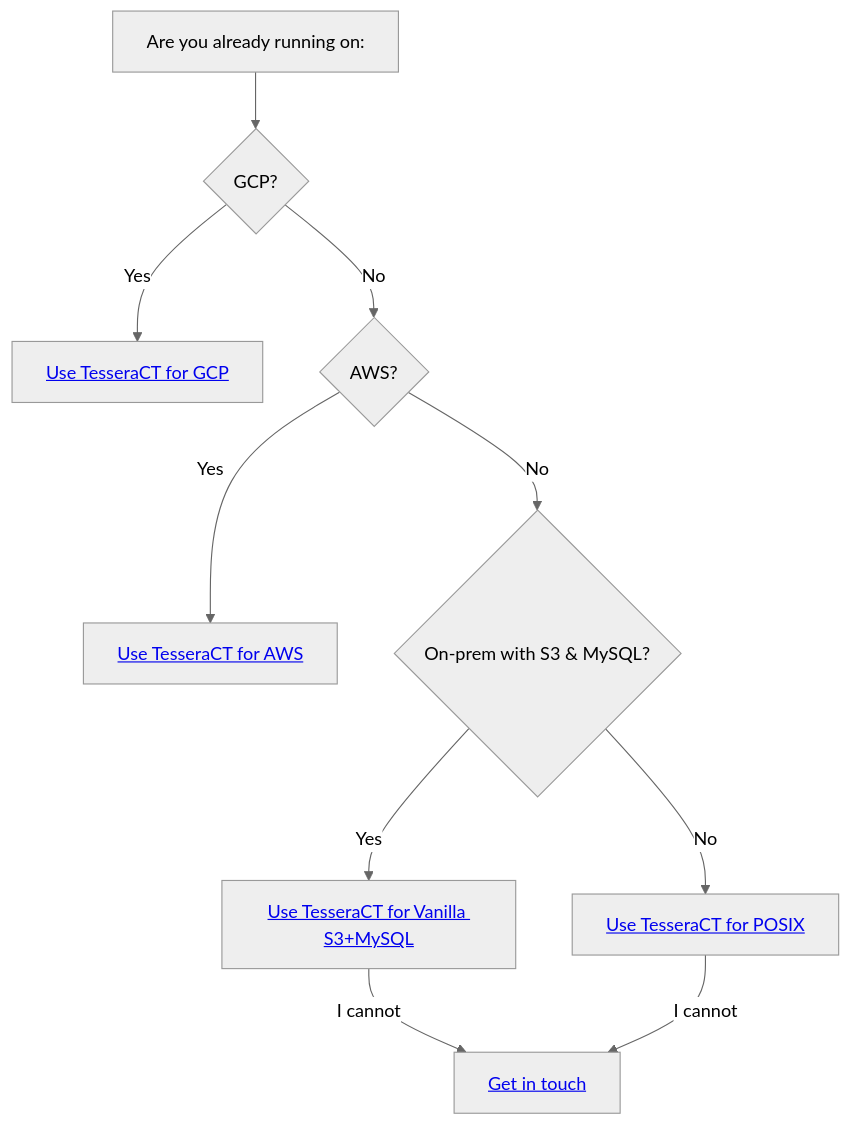
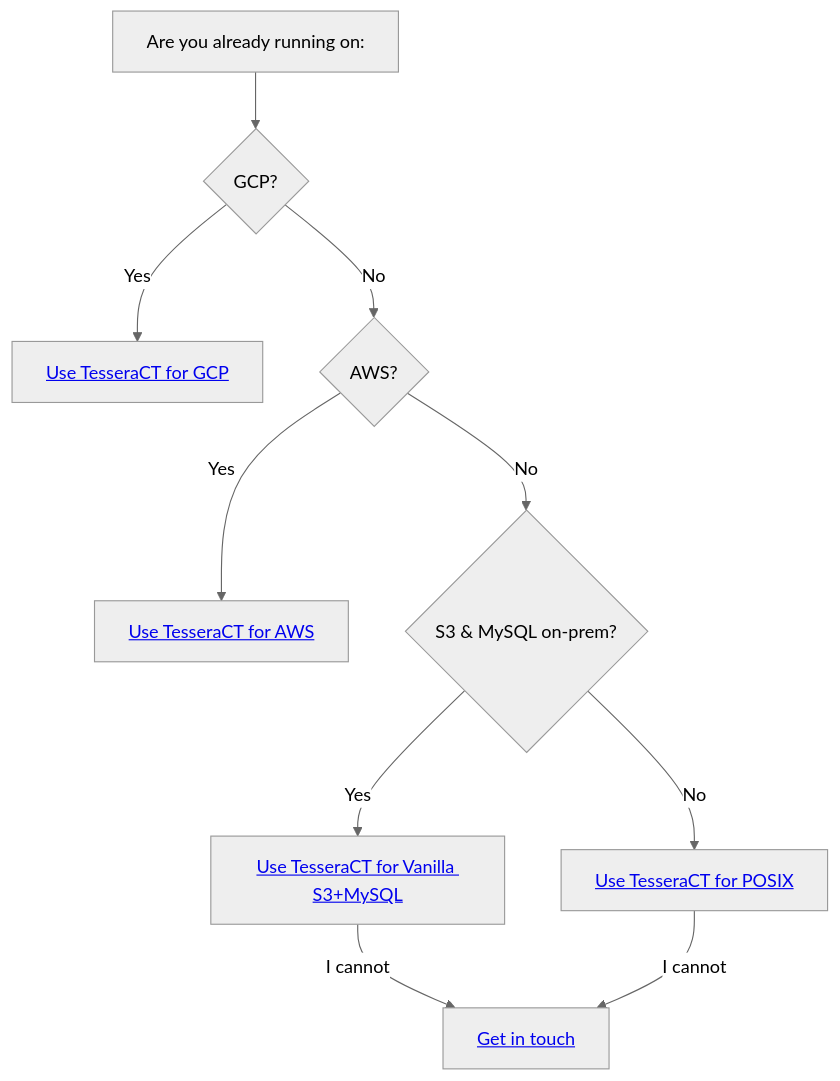
Before and after one commit to transparency-dev/tesseract: the diagram in README.md, drawn with Mermaid (neutral theme).

Commit message:
nit (#530)

````diff
--- a/README.md
+++ b/README.md
@@ -224,12 +224,12 @@
 ```mermaid
 graph TD
     A[Are you already running on:] --> B{GCP?}
     B -- Yes --> C[<a href="https://github.com/transparency-dev/tesseract/blob/main/docs/architecture.md#google-cloud-platform-gcp">Use TesseraCT for GCP</a>]
     B -- No --> D{AWS?}
     D -- Yes --> E[<a href="https://github.com/transparency-dev/tesseract/blob/main/docs/architecture.md#amazon-web-services-aws">Use TesseraCT for AWS</a>]
-    D -- No --> F{On-prem with S3 & MySQL?}
+    D -- No --> F{S3 & MySQL on-prem?}
     F -- Yes --> G[<a href="https://github.com/transparency-dev/tesseract/blob/main/docs/architecture.md#vanilla-s3mysql">Use TesseraCT for Vanilla S3+MySQL</a>]
     F -- No --> H[<a href="https://github.com/transparency-dev/tesseract/blob/main/docs/architecture.md#posix-filesystems">Use TesseraCT for POSIX</a>]
     G -- I cannot --> I
     H -- I cannot --> I[<a href="https://github.com/transparency-dev/tesseract/blob/main/README.md#wave-contact">Get in touch</a>]
 ```
````
